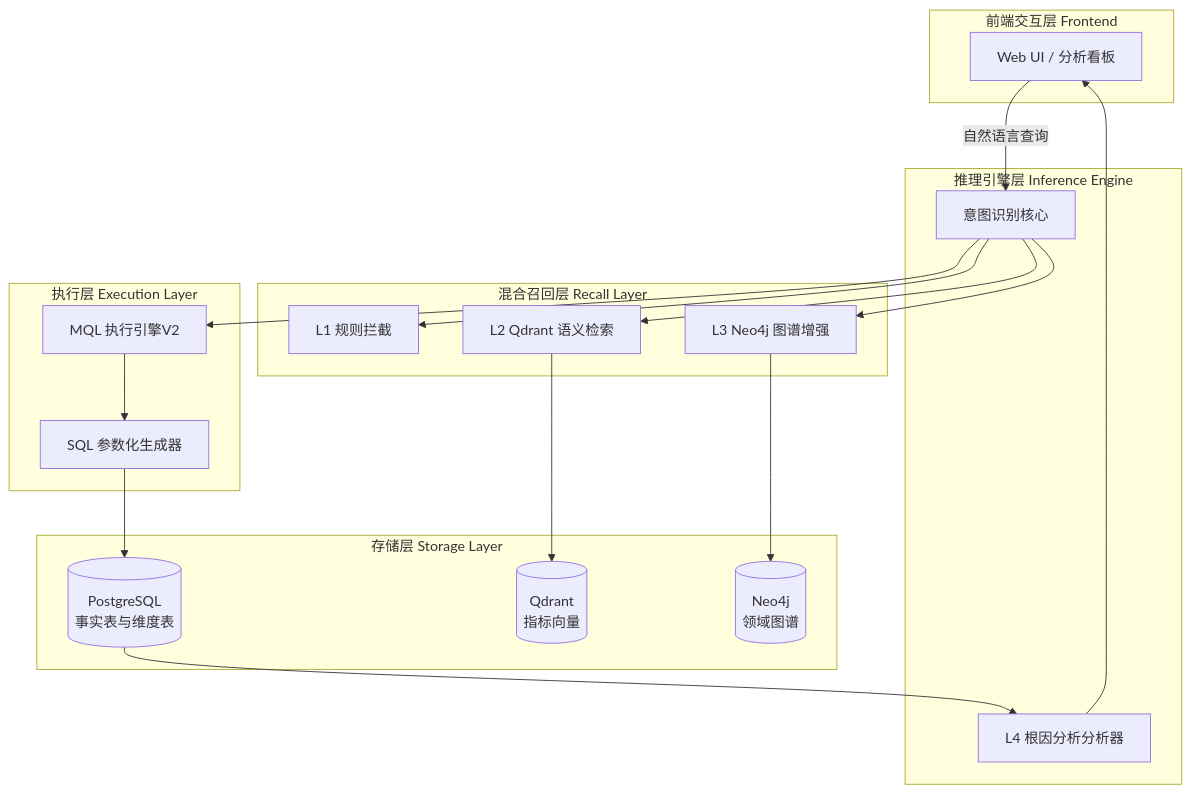
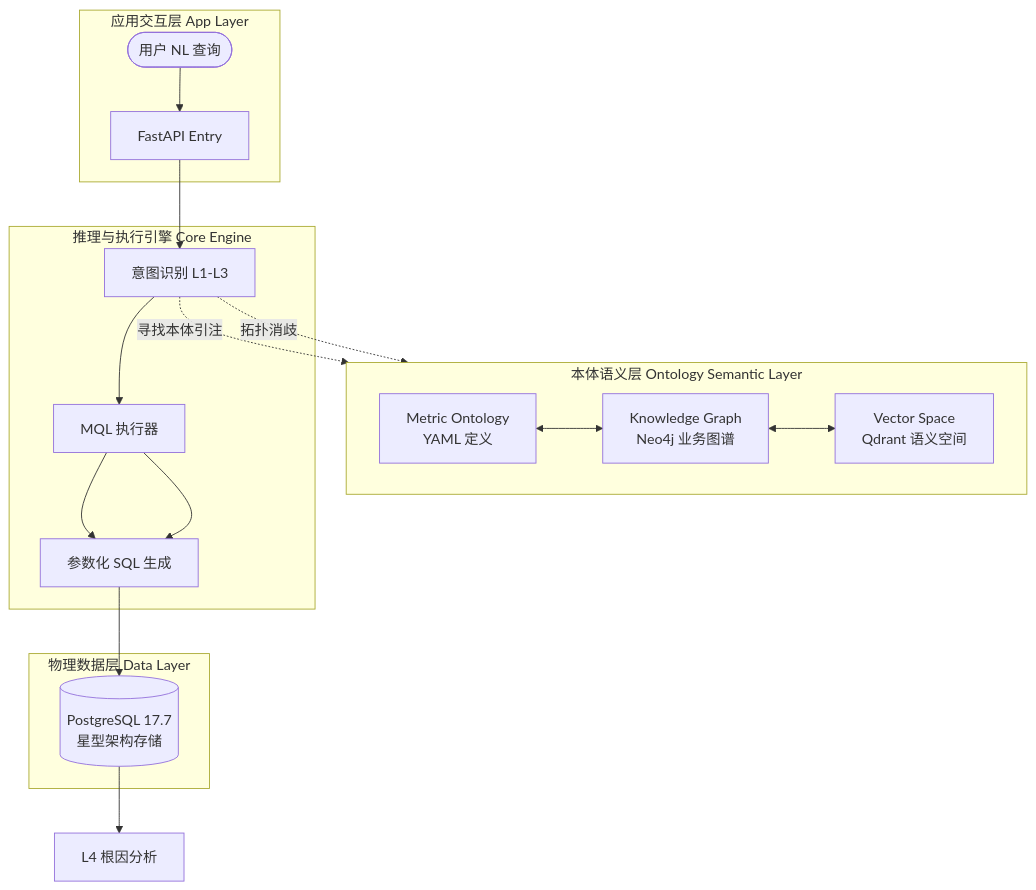
Before and after one commit to JourneytoNewland/chatBI: the diagram in README.md, drawn with Mermaid. The commit also changed other lines of this file, not shown here.

Commit message:
docs: elevate README with Ontology Semantic Layer and graph-driven reasoning

````diff
--- a/README.md
+++ b/README.md
@@ -39,40 +30,28 @@
 ```mermaid
 graph TB
-    subgraph "前端交互层 Frontend"
-        UI[Web UI / 分析看板]
+    subgraph "应用交互层 App Layer"
+        User([用户 NL 查询]) --> API[FastAPI Entry]
     end
 
-    subgraph "推理引擎层 Inference Engine"
-        Intent[意图识别核心]
-        L4[L4 根因分析分析器]
+    subgraph "本体语义层 Ontology Semantic Layer"
+        direction LR
+        YAML[Metric Ontology<br/>YAML 定义] <--> KG[Knowledge Graph<br/>Neo4j 业务图谱]
+        KG <--> Vector[Vector Space<br/>Qdrant 语义空间]
     end
 
-    subgraph "混合召回层 Recall Layer"
-        Rule[L1 规则拦截]
-        Vector[L2 Qdrant 语义检索]
-        Graph[L3 Neo4j 图谱增强]
+    subgraph "推理与执行引擎 Core Engine"
+        Intent[意图识别 L1-L3] --> MQL[MQL 执行器]
+        MQL --> SQLGen[参数化 SQL 生成]
     end
 
-    subgraph "执行层 Execution Layer"
-        MQL[MQL 执行引擎V2]
-        SQL[SQL 参数化生成器]
+    subgraph "物理数据层 Data Layer"
+        PG[(PostgreSQL 17.7<br/>星型架构存储)]
     end
 
-    subgraph "存储层 Storage Layer"
-        PG[(PostgreSQL<br/>事实表与维度表)]
-        QD[(Qdrant<br/>指标向量)]
-        NJ[(Neo4j<br/>领域图谱)]
-    end
-
-    UI -->|自然语言查询| Intent
-    Intent --> Rule
-    Intent --> Vector
-    Intent --> Graph
-    Vector --> QD
-    Graph --> NJ
-    Intent --> MQL
-    MQL --> SQL
-    SQL --> PG
-    PG --> L4
-    L4 --> UI
+    API --> Intent
+    Intent -. 寻找本体引注 .-> YAML
+    Intent -. 拓扑消歧 .-> KG
+    MQL --> SQLGen
+    SQLGen --> PG
+    PG --> L4[L4 根因分析]
 ```
````
